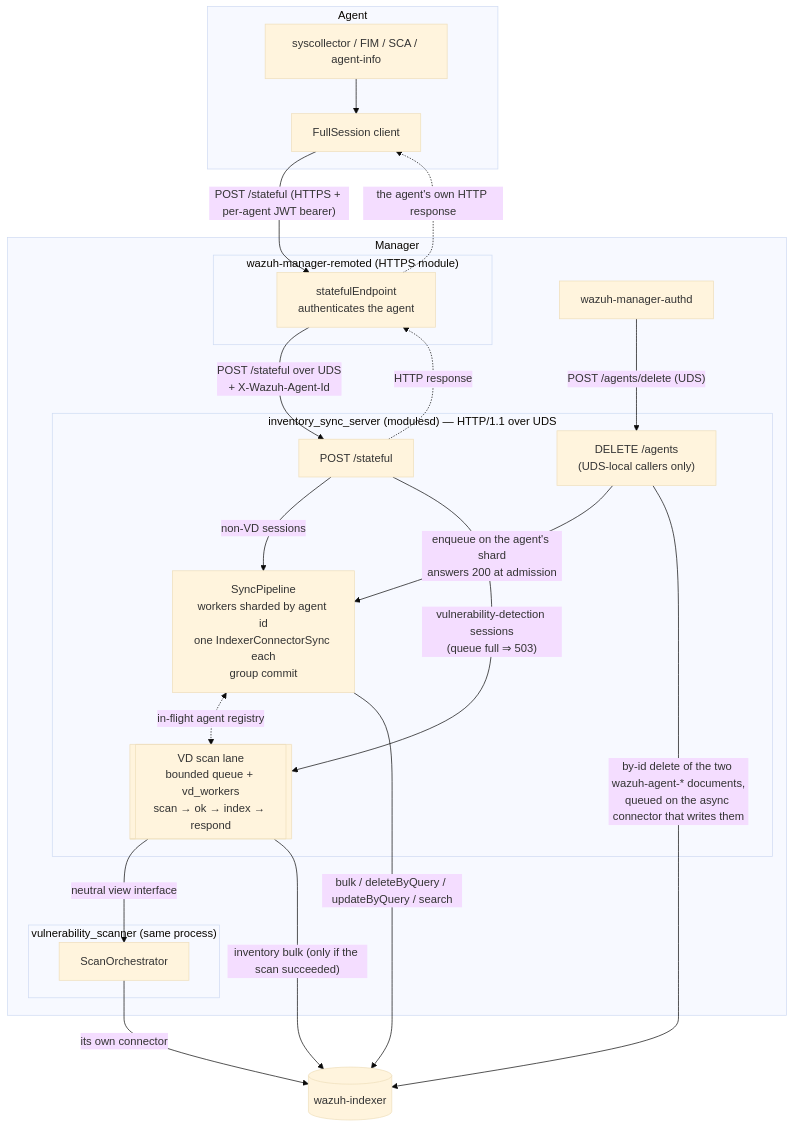
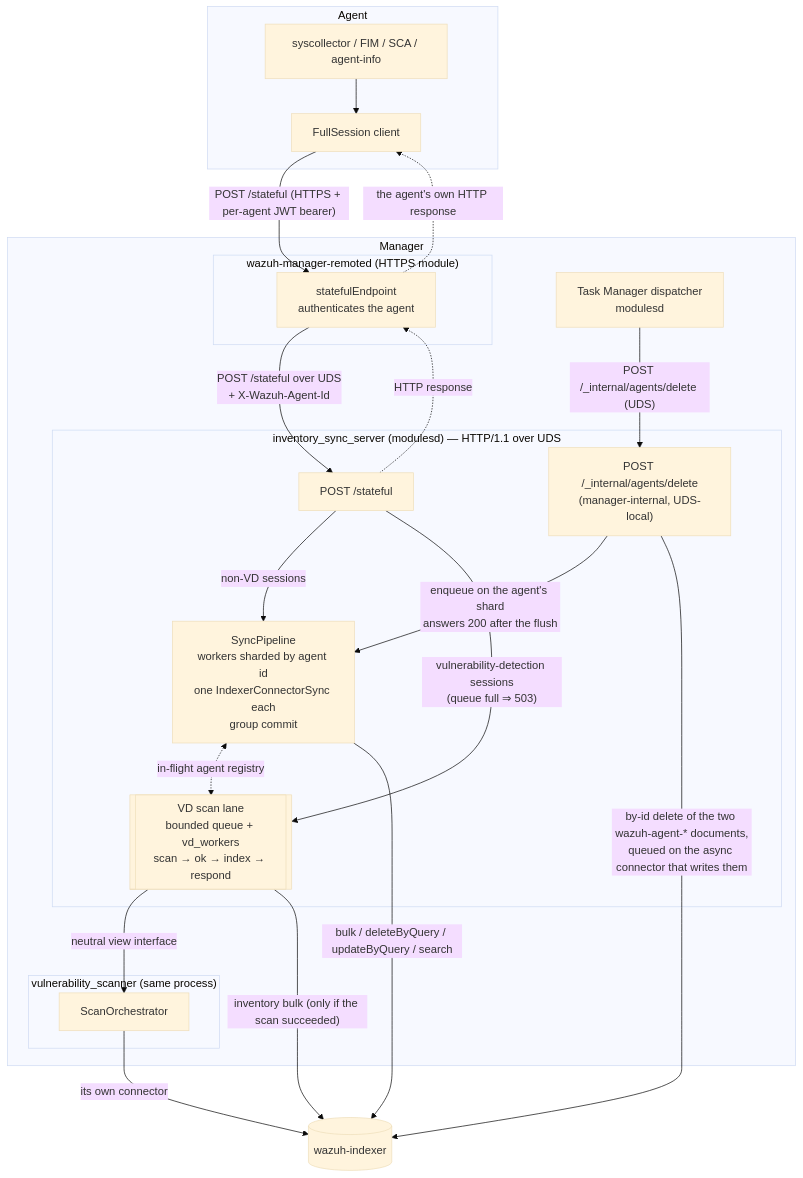
The first of 4 diagrams in docs/ref/modules/inventory-sync-server/architecture.md (wazuh/wazuh), drawn with Mermaid (base theme) before and after one commit. The commit also changed other lines of this file and 58 other files, not shown here.

Commit message:
feat: adapt delete agent to use new task manager

````diff
--- a/docs/ref/modules/inventory-sync-server/architecture.md
+++ b/docs/ref/modules/inventory-sync-server/architecture.md
@@ -11,32 +11,32 @@
 ```mermaid
 flowchart TB
     subgraph Agent["Agent"]
         MOD[syscollector / FIM / SCA / agent-info] --> CLI[FullSession client]
     end
     CLI -->|"POST /stateful (HTTPS + per-agent JWT bearer)"| REME
 
     subgraph Manager
         subgraph remoted["wazuh-manager-remoted (HTTPS module)"]
             REME[statefulEndpoint\nauthenticates the agent]
         end
         subgraph ISS["inventory_sync_server (modulesd) — HTTP/1.1 over UDS"]
             SYNCR["POST /stateful"] -->|non-VD sessions| PIPE[SyncPipeline\nworkers sharded by agent id\none IndexerConnectorSync each\ngroup commit]
             SYNCR -->|"vulnerability-detection sessions\n(queue full ⇒ 503)"| LANE[[VD scan lane\nbounded queue + vd_workers\nscan → ok → index → respond]]
-            DELR["DELETE /agents\n(UDS-local callers only)"] -->|"enqueue on the agent's shard\nanswers 200 at admission"| PIPE
+            DELR["POST /_internal/agents/delete\n(manager-internal, UDS-local)"] -->|"enqueue on the agent's shard\nanswers 200 after the flush"| PIPE
             PIPE <-.->|in-flight agent registry| LANE
         end
         REME -->|"POST /stateful over UDS\n+ X-Wazuh-Agent-Id"| SYNCR
         SYNCR -.->|HTTP response| REME
-        AUTHD[wazuh-manager-authd] -->|"POST /agents/delete (UDS)"| DELR
+        TM[Task Manager dispatcher\nmodulesd] -->|"POST /_internal/agents/delete (UDS)"| DELR
         subgraph VD["vulnerability_scanner (same process)"]
             ORCH[ScanOrchestrator]
         end
         LANE -->|neutral view interface| ORCH
     end
 
     REME -.->|the agent's own HTTP response| CLI
     PIPE -->|bulk / deleteByQuery / updateByQuery / search| IDX[(wazuh-indexer)]
     LANE -->|"inventory bulk (only if the scan succeeded)"| IDX
     DELR -->|"by-id delete of the two wazuh-agent-* documents,\nqueued on the async connector that writes them"| IDX
     ORCH -->|its own connector| IDX
 ```
````
